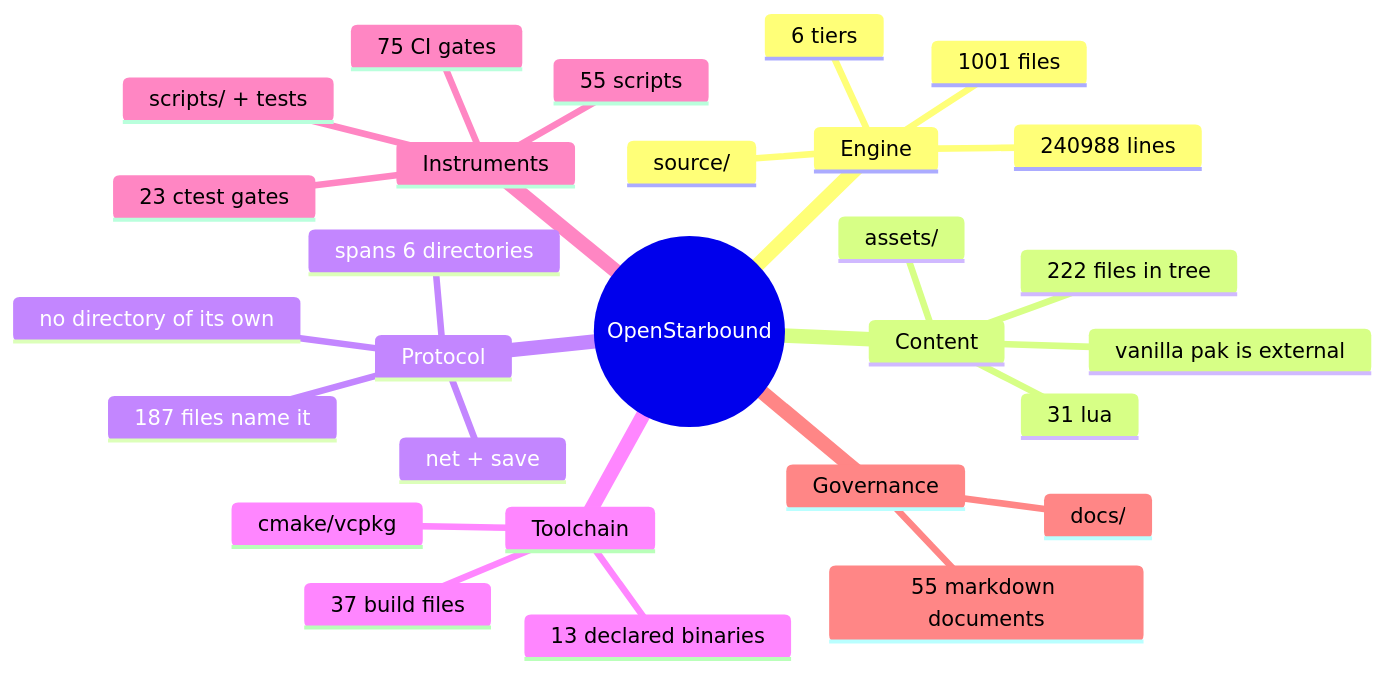
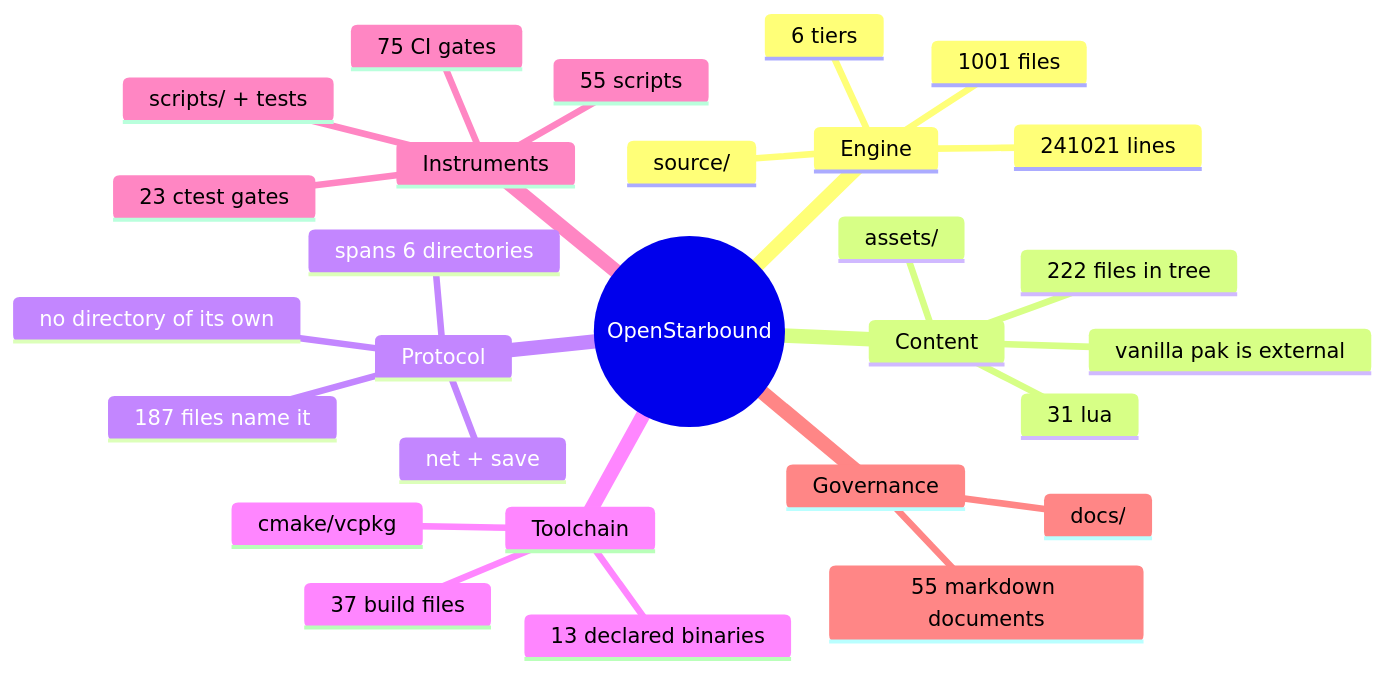
The second of 11 diagrams in docs/architecture/system-boundaries.md (apnex/OpenStarbound), drawn with Mermaid before and after one commit. The commit also changed other lines of this file and 8 other files, not shown here.

````diff
--- a/docs/architecture/system-boundaries.md
+++ b/docs/architecture/system-boundaries.md
@@ -166,31 +166,31 @@
 ```mermaid
 mindmap
   root((OpenStarbound))
     Engine
       source/
       1001 files
-      240988 lines
+      241021 lines
       6 tiers
     Content
       assets/
       222 files in tree
       31 lua
       vanilla pak is external
     Protocol
       net + save
       187 files name it
       spans 6 directories
       no directory of its own
     Toolchain
       cmake/vcpkg
       37 build files
       13 declared binaries
     Instruments
       scripts/ + tests
       55 scripts
       23 ctest gates
       75 CI gates
     Governance
       docs/
       55 markdown documents
 ```
````
